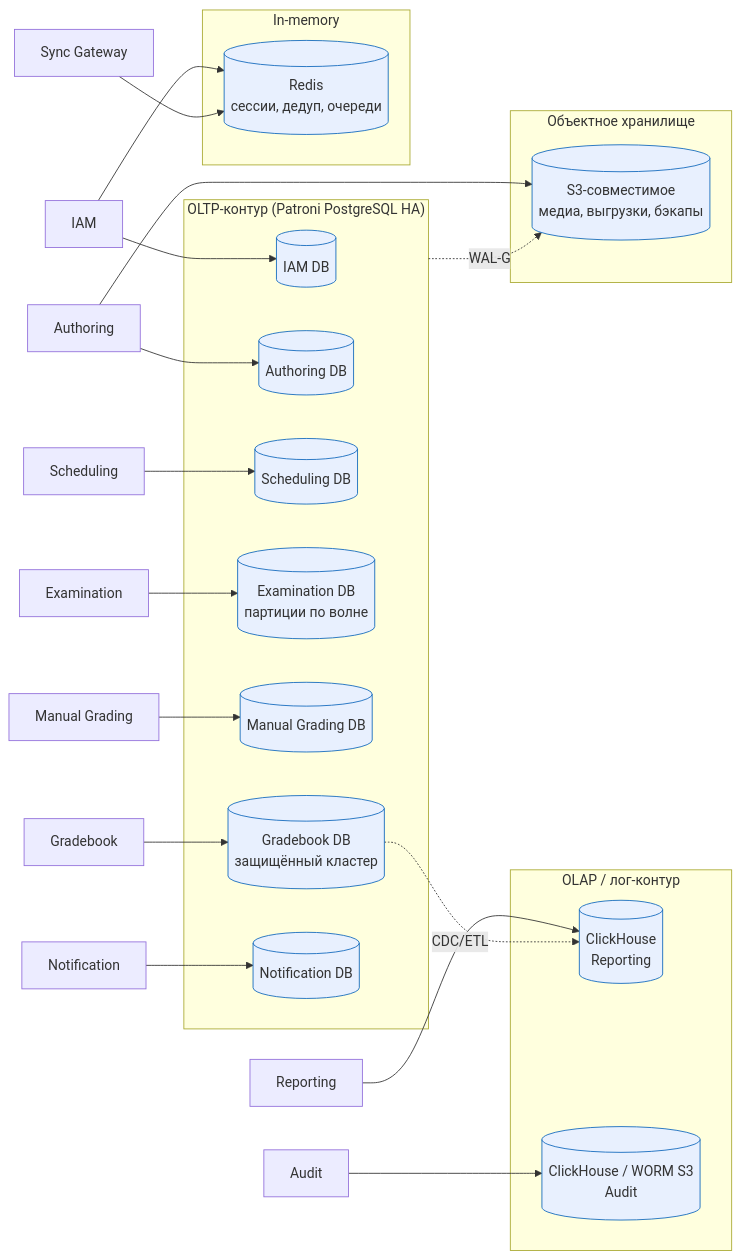
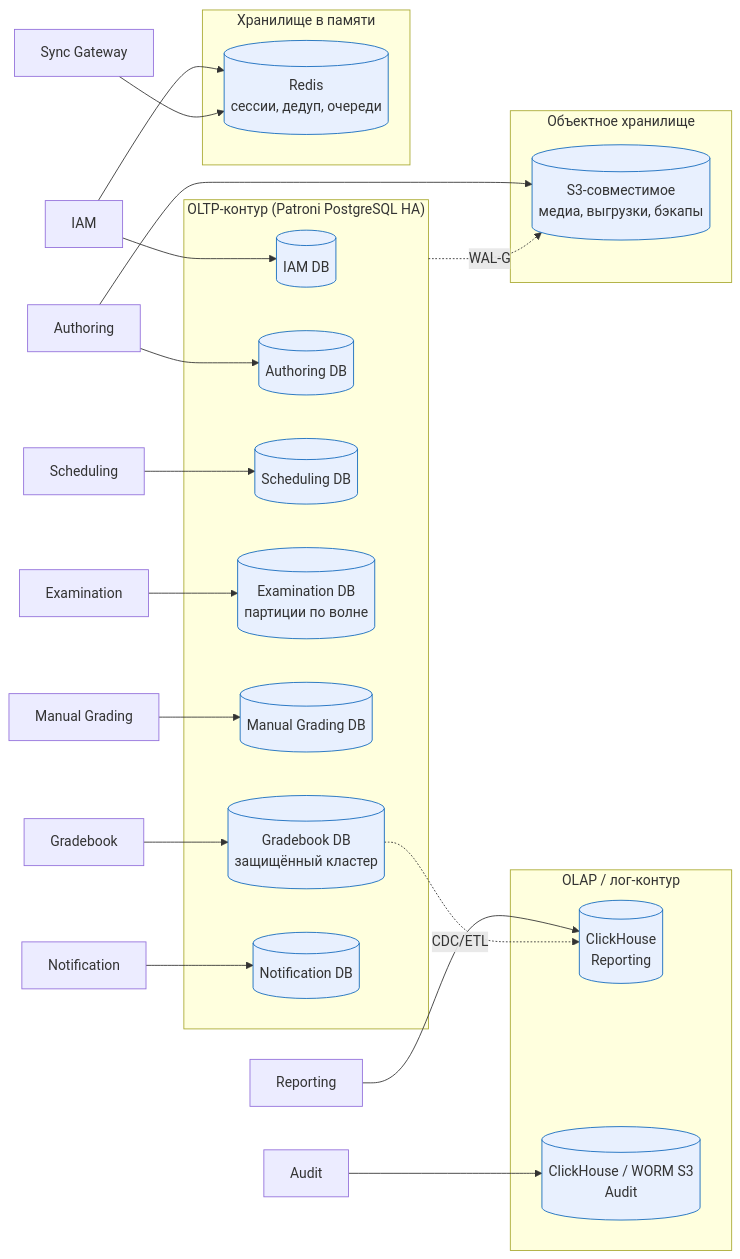
The third of 4 diagrams in HWs/HW2 Report.md (Hierugu/hse-system-design-2026), drawn with Mermaid before and after one commit. The commit also changed other lines of this file and 1 other file, not shown here.

````diff
--- a/HWs/HW2 Report.md
+++ b/HWs/HW2 Report.md
@@ -255,44 +255,44 @@
 ```mermaid
 flowchart LR
     subgraph OLTP["OLTP-контур (Patroni PostgreSQL HA)"]
         IAMdb[("IAM DB")]
         AuthDB[("Authoring DB")]
         SchedDB[("Scheduling DB")]
         ExamDB[("Examination DB<br/>партиции по волне")]
         ManualDB[("Manual Grading DB")]
         GradeDB[("Gradebook DB<br/>защищённый кластер")]
         NotifyDB[("Notification DB")]
     end
 
     subgraph OLAP["OLAP / лог-контур"]
         CH[("ClickHouse<br/>Reporting")]
         AuditDB[("ClickHouse / WORM S3<br/>Audit")]
     end
 
-    subgraph Cache["In-memory"]
+    subgraph Cache["Хранилище в памяти"]
         Redis[("Redis<br/>сессии, дедуп, очереди")]
     end
 
     subgraph Blob["Объектное хранилище"]
         S3[("S3-совместимое<br/>медиа, выгрузки, бэкапы")]
     end
 
     IAM["IAM"] --> IAMdb
     IAM --> Redis
     Authoring["Authoring"] --> AuthDB
     Authoring --> S3
     Scheduling["Scheduling"] --> SchedDB
     Exam["Examination"] --> ExamDB
     ManualGrade["Manual Grading"] --> ManualDB
     Gradebook["Gradebook"] --> GradeDB
     Notify["Notification"] --> NotifyDB
     Reporting["Reporting"] --> CH
     Audit["Audit"] --> AuditDB
     SyncGW["Sync Gateway"] --> Redis
 
     GradeDB -. "CDC/ETL" .-> CH
     OLTP -. "WAL-G" .-> S3
 
     classDef db fill:#e8f0fe,stroke:#1168bd
     class IAMdb,AuthDB,SchedDB,ExamDB,ManualDB,GradeDB,NotifyDB,CH,AuditDB,Redis,S3 db
 ```
````
